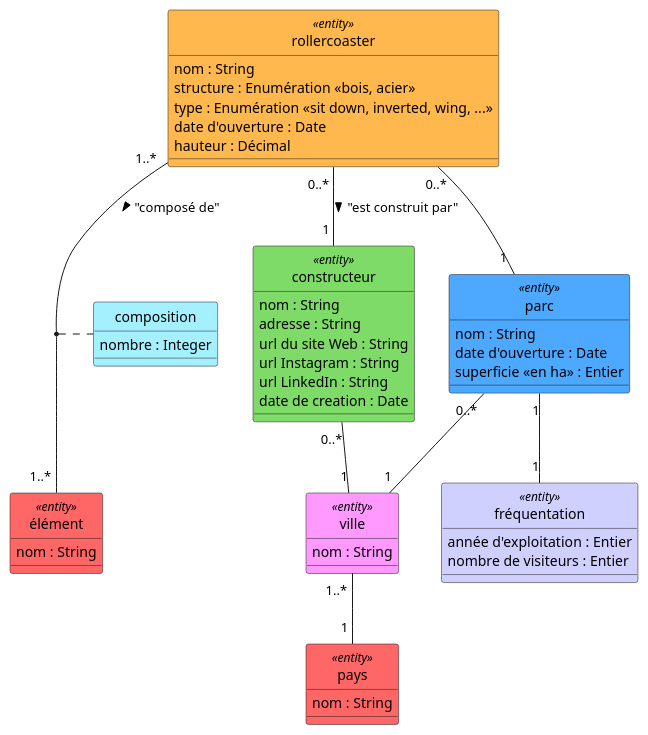
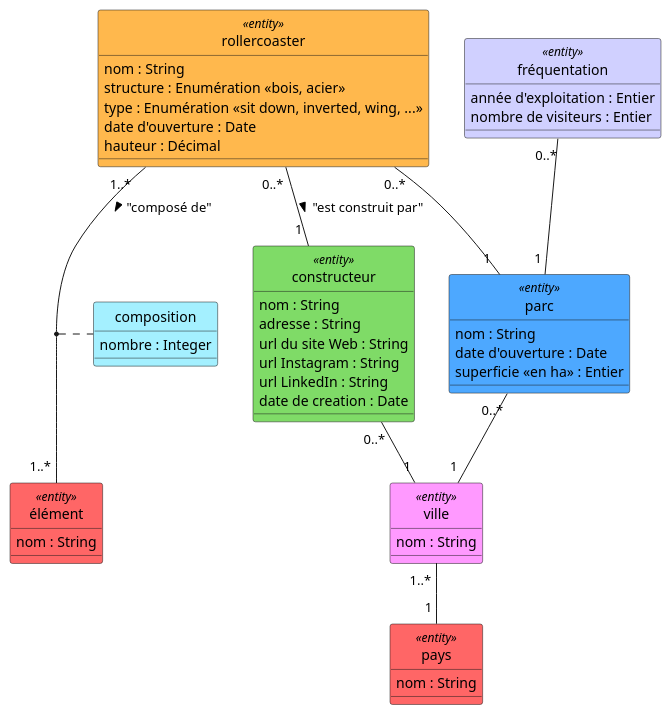
One commit to victorgms3/uml changed the diagram in MCD eurocoasters (A COMPLETER).puml. Above: the diagram before and after it, drawn with PlantUML. The commit also changed 2 other files, not shown here.

Commit message:
Update UML diagrams and SQL schema to complete entity relationships and add foreign key constraints

```diff
--- a/MCD eurocoasters (A COMPLETER).puml
+++ b/MCD eurocoasters (A COMPLETER).puml
@@ -1,88 +1,88 @@
 @startuml name
 
 ' Masquer les cercles dans les classes
 hide circle 
 
 ' ---------------------------
 '   Définition des entités 
 ' ---------------------------
 
 entity "rollercoaster"  as rollercoaster <<entity>> #FFB84D {    
     nom : String
     structure : Enumération <<bois, acier>>
     type : Enumération <<sit down, inverted, wing, ...>>
     date d'ouverture : Date
     hauteur : Décimal
 }
 
 entity "constructeur" as constructeur <<entity>> #7FDB67 {    
     nom : String
     adresse : String
     url du site Web : String
     url Instagram : String
     url LinkedIn : String
     date de creation : Date
 }
 
 entity "parc" as parc <<entity>> #4DA8FF {    
     nom : String
     date d'ouverture : Date
     superficie <<en ha>> : Entier
 }
 
 entity "ville" as ville <<entity>> #FF99FF {   
     nom : String
 }
 
 entity "pays" as pays <<entity>> #FF6666 {   
     nom : String
 }
 
 entity "élément" as element <<entity>> #FF6666 {    
     nom : String
 }
 
 entity "fréquentation" as frequentation <<entity>> #D0D0FF{    
     année d'exploitation : Entier
     nombre de visiteurs : Entier
 }
 
 ' -------------------------------
 '   Associations (relations)
 ' -------------------------------
 
 ' Un constructeur PEUT NE PAS AVOIR comme PLUSIEURS de rollercoaster, mais avoir d'autres types d'attractions
 ' Un rollercoaster est obligatoirement construit par UN constructeurs.
 rollercoaster  " 0..* "--" 1 " constructeur :  "est construit par" > 
 
 ' Un rollercoaster est localisé dans UN parc et un parc peut avoir AUCUN ou PLUSIEURS rollercoasters
 ' A COMPLETER LA RELATION
 rollercoaster "0..*"--" 1 " parc
 ' Un constructeur est localisé dans UNE ville, une ville peut avoir AUCUN ou PLUSIEURS constructeurs
 ' A COMPLETER LA RELATION
 constructeur "0..*"--"1" ville
 
 ' Un parc d'attractions est  localisé dans UNE ville, une ville peut avoir AUCUN ou PLUSIEURS parcs d'attractions
 ' A COMPLETER LA RELATION
 parc "0..*"--" 1 " ville
 
 ' Un parc n'a pas encore de fréquentation avant la fin de sa 1ère année d'exploitation
 ' Ensuite un par aura PLUSIEURS fréquentations (une par année d'exploitation.)
 ' Une fréquentation est en relation avec UN parc pour UNE année.
 ' A COMPLETER LA RELATION
-parc "1" -- "1" frequentation
+frequentation " 0..*" -- " 1 " parc
 
 ' Une ville à UN unique pays, un pays à UNE ou plusieurs villes
 ' A COMPLETER LA RELATION
 ville " 1..* "--" 1 " pays
 
 ' Un rollercoaster est composé de PLUSIEURS ELEMENTS et un élément peut se trouver dans PLUSIEURS rollercosters
 ' Un élément peut également avoir un NOMBRE D'OCCURRENCES supérieur à 1 dans un rollercoaster
 rollercoaster " 1..* " -- " 1..* " element : "composé de" >
 (rollercoaster, element ) . composition
 class "composition" as composition #A4F0FF {
     nombre : Integer
 }
 
 
 @enduml
```
